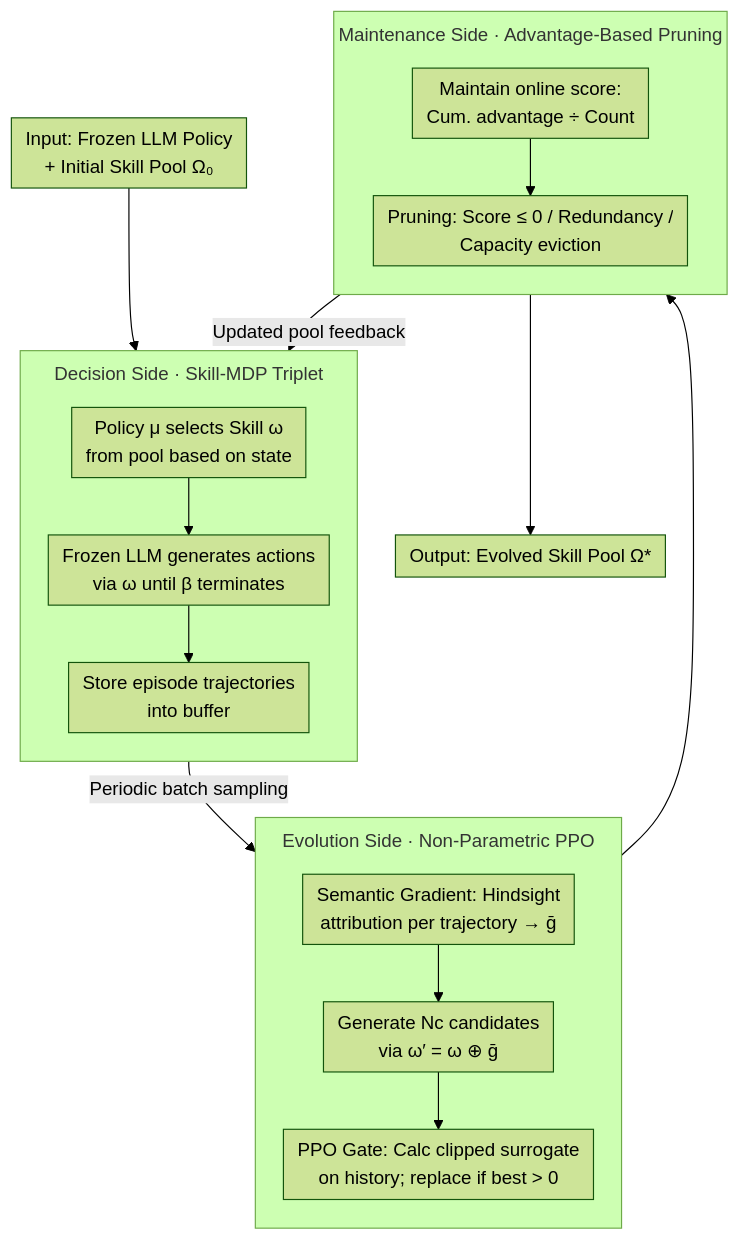
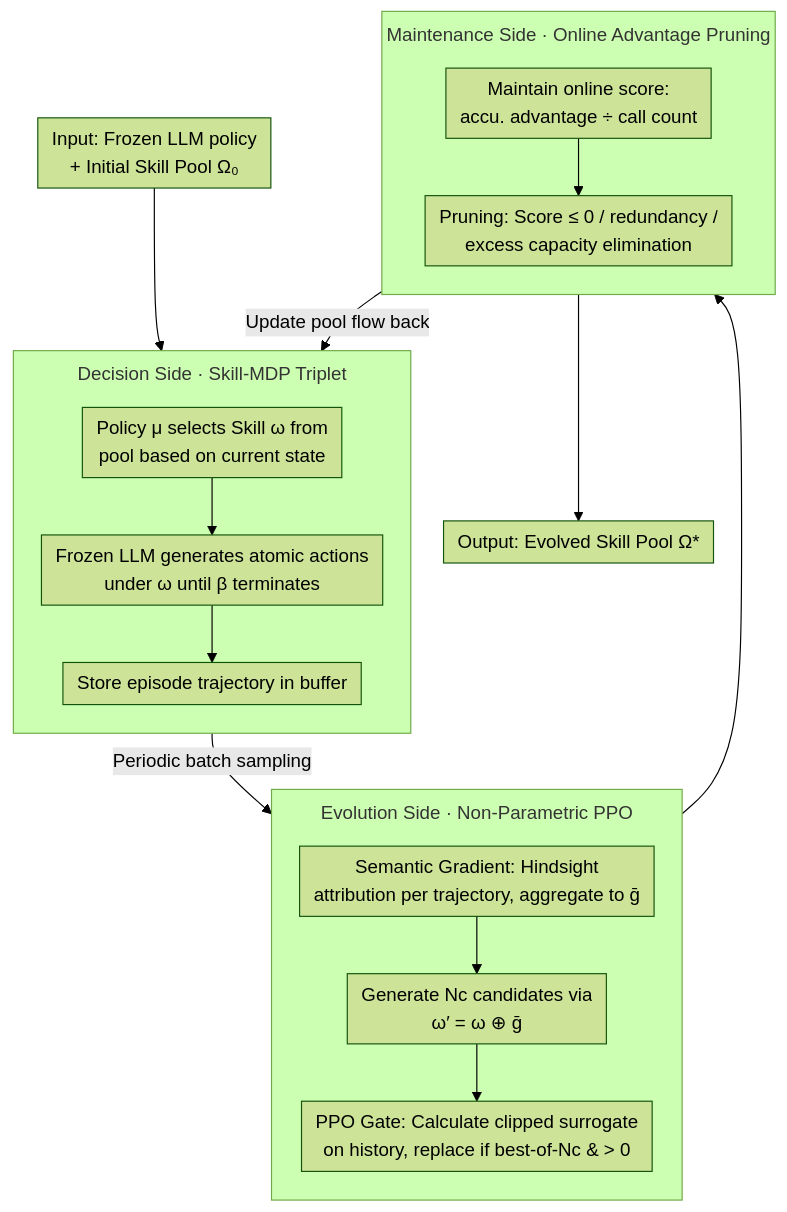
The diagram in docs/ICML2026/llm_agent/skill-pro_learning_reusable_skills_from_experience_via_non-parametric_ppo_for_ll.md (zhaoyang97/Paper-Notes-en), drawn with Mermaid (forest theme) before and after one commit. The commit also changed other lines of this file and 5084 other files, not shown here.

````diff
--- a/docs/ICML2026/llm_agent/skill-pro_learning_reusable_skills_from_experience_via_non-parametric_ppo_for_ll.md
+++ b/docs/ICML2026/llm_agent/skill-pro_learning_reusable_skills_from_experience_via_non-parametric_ppo_for_ll.md
@@ -54,25 +54,25 @@
 ```mermaid
 %%{init: {'flowchart': {'rankSpacing': 24, 'nodeSpacing': 28, 'padding': 6, 'wrappingWidth': 400, 'subGraphTitleMargin': {'top': 8, 'bottom': 16}}}}%%
 flowchart TD
-    IN["Input: Frozen LLM Policy<br/>+ Initial Skill Pool Ω₀"]
+    IN["Input: Frozen LLM policy<br/>+ Initial Skill Pool Ω₀"]
     subgraph DEC["Decision Side · Skill-MDP Triplet"]
         direction TB
-        D1["Policy μ selects Skill ω<br/>from pool based on state"] --> D2["Frozen LLM generates actions<br/>via ω until β terminates"]
-        D2 --> D3["Store episode trajectories<br/>into buffer"]
+        D1["Policy μ selects Skill ω from<br/>pool based on current state"] --> D2["Frozen LLM generates atomic actions<br/>under ω until β terminates"]
+        D2 --> D3["Store episode trajectory in buffer"]
     end
     subgraph EVO["Evolution Side · Non-Parametric PPO"]
         direction TB
-        E1["Semantic Gradient: Hindsight<br/>attribution per trajectory → ḡ"] --> E2["Generate Nc candidates<br/>via ω′ = ω ⊕ ḡ"]
-        E2 --> E3["PPO Gate: Calc clipped surrogate<br/>on history; replace if best > 0"]
+        E1["Semantic Gradient: Hindsight<br/>attribution per trajectory, aggregate to ḡ"] --> E2["Generate Nc candidates via<br/>ω′ = ω ⊕ ḡ"]
+        E2 --> E3["PPO Gate: Calculate clipped surrogate<br/>on history, replace if best-of-Nc & > 0"]
     end
-    subgraph MNT["Maintenance Side · Advantage-Based Pruning"]
+    subgraph MNT["Maintenance Side · Online Advantage Pruning"]
         direction TB
-        M1["Maintain online score:<br/>Cum. advantage ÷ Count"] --> M2["Pruning: Score ≤ 0 / Redundancy /<br/>Capacity eviction"]
+        M1["Maintain online score:<br/>accu. advantage ÷ call count"] --> M2["Pruning: Score ≤ 0 / redundancy /<br/>excess capacity elimination"]
     end
     OUT["Output: Evolved Skill Pool Ω*"]
     IN --> DEC
     DEC -->|Periodic batch sampling| EVO
     EVO --> MNT
-    MNT -->|Updated pool feedback| DEC
+    MNT -->|Update pool flow back| DEC
     MNT --> OUT
 ```
````
